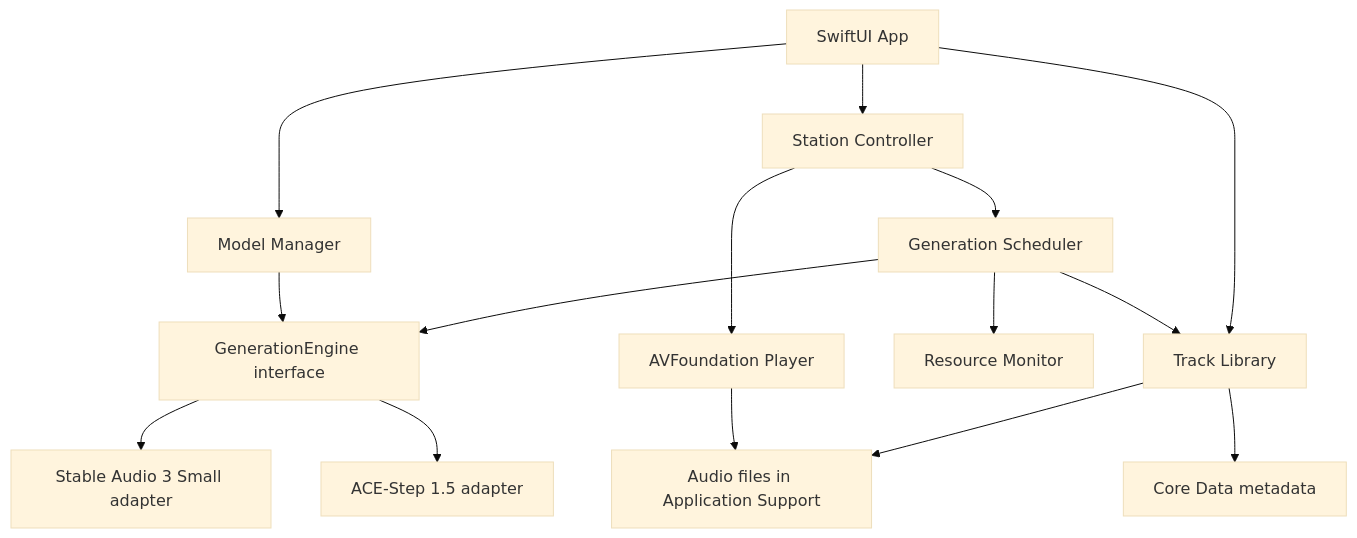
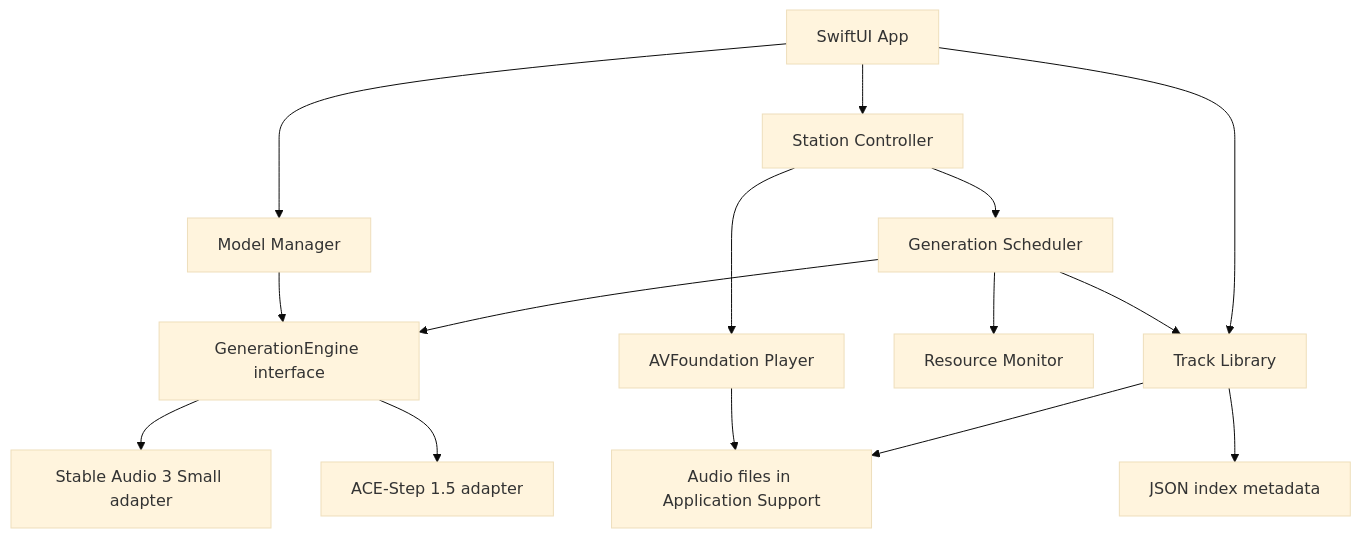
One commit to mayky77-glitch/Flowtone changed the diagram in docs/PRD.md. Above: the diagram before and after it, drawn with Mermaid (base theme). The commit also changed other lines of this file and 15 other files, not shown here.

````diff
--- a/docs/PRD.md
+++ b/docs/PRD.md
@@ -158,17 +158,17 @@
 ```mermaid
 flowchart TD
     UI["SwiftUI App"] --> SC["Station Controller"]
     UI --> MM["Model Manager"]
     UI --> LIB["Track Library"]
     SC --> PLAYER["AVFoundation Player"]
     SC --> SCHED["Generation Scheduler"]
     SCHED --> RM["Resource Monitor"]
     SCHED --> ENGINE["GenerationEngine interface"]
     ENGINE --> LIGHT["Stable Audio 3 Small adapter"]
     ENGINE --> HEAVY["ACE-Step 1.5 adapter"]
     MM --> ENGINE
     SCHED --> LIB
-    LIB --> META["Core Data metadata"]
+    LIB --> META["JSON index metadata"]
     LIB --> FILES["Audio files in Application Support"]
     PLAYER --> FILES
 ```
````
